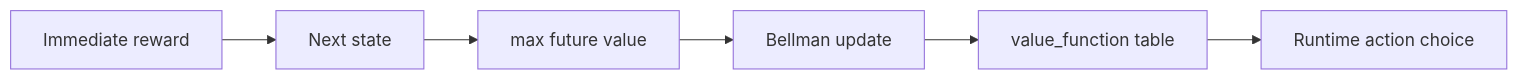
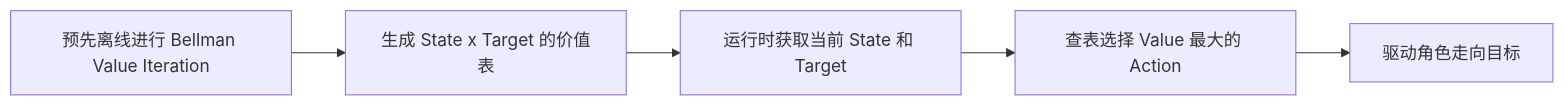
Before and after one commit to EvihGraphics/AnimationTech-HTC: the sixth of 6 diagrams in docs/blog/AnimationPapers/precomputing_avatar_behavior/README.md, drawn with Mermaid. The commit also changed other lines of this file and 21 other files, not shown here.

````diff
--- a/docs/blog/AnimationPapers/precomputing_avatar_behavior/README.md
+++ b/docs/blog/AnimationPapers/precomputing_avatar_behavior/README.md
@@ -124,8 +148,7 @@
 ```mermaid
 flowchart LR
-    A[Immediate reward] --> B[Next state]
-    B --> C[max future value]
-    C --> D[Bellman update]
-    D --> E[value_function table]
-    E --> F[Runtime action choice]
+    A[预先离线进行 Bellman Value Iteration] --> B[生成 State x Target 的价值表]
+    B --> C[运行时获取当前 State 和 Target]
+    C --> D[查表选择 Value 最大的 Action]
+    D --> E[驱动角色走向目标]
 ```
````
